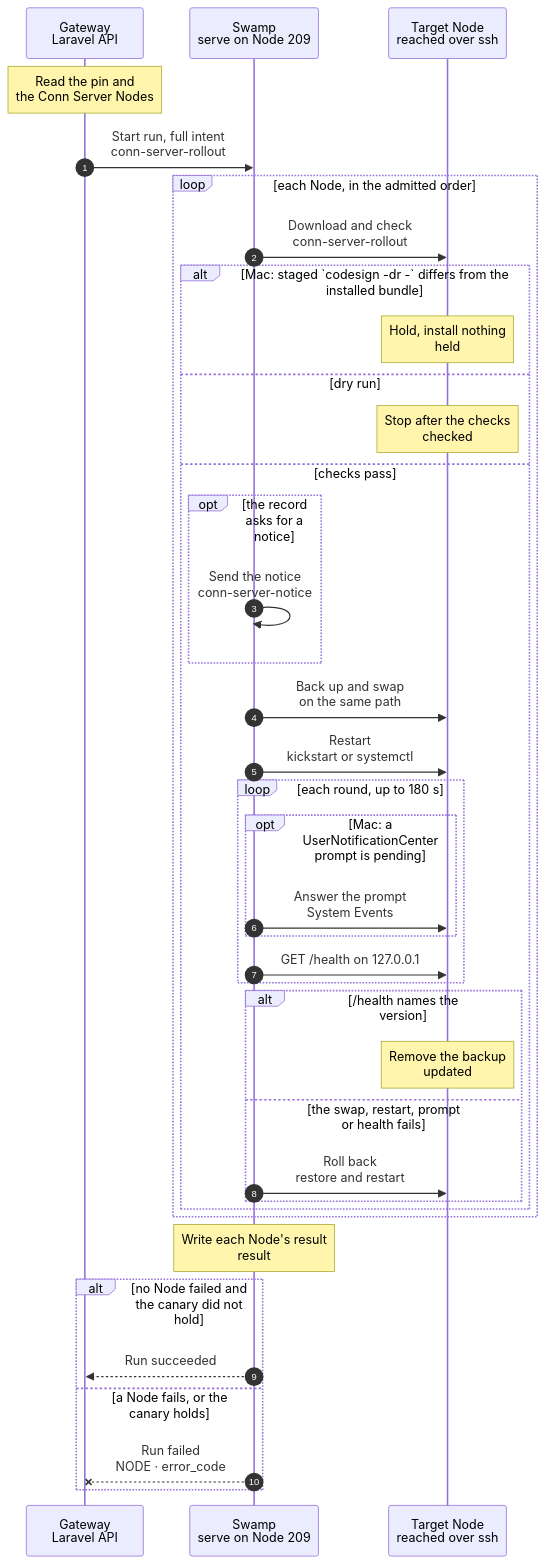
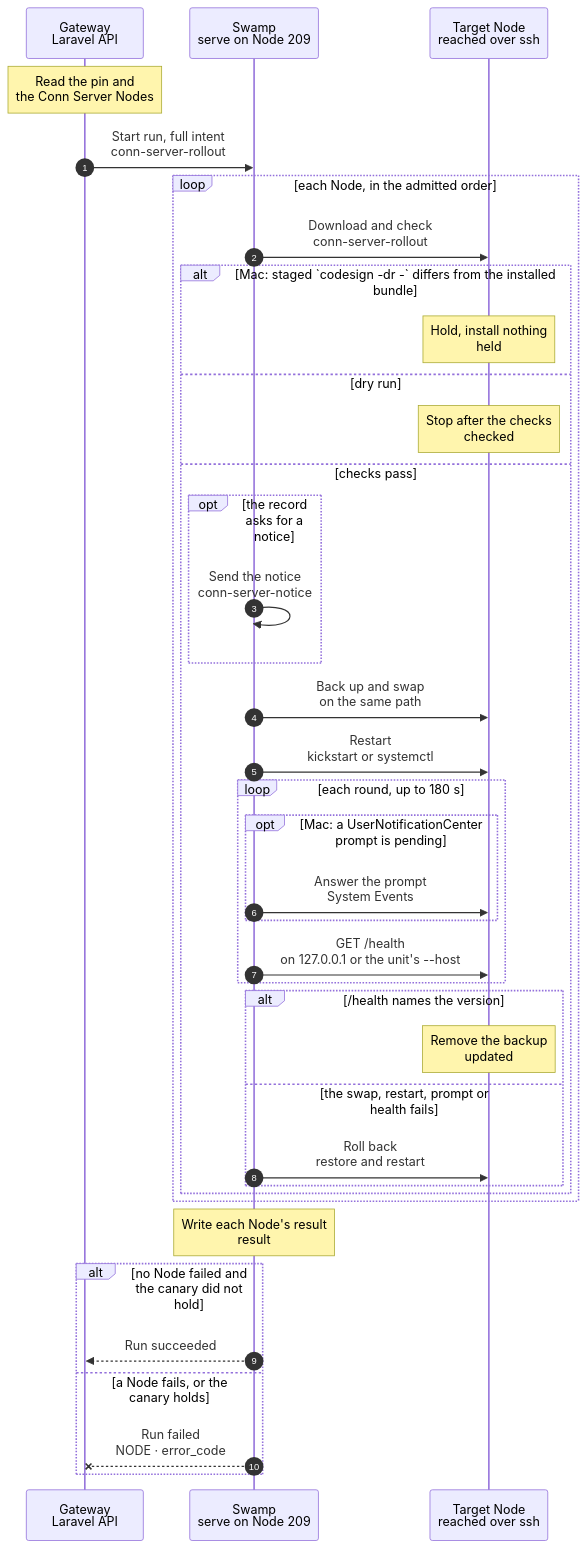
The diagram in docs/cli/fleet/conn-server-rollout.mmd (hardimpactdev/orbit), drawn with Mermaid before and after one commit. The commit also changed 6 other files, not shown here.

First line of the commit message:
Read the Linux Conn Server's health on the address its unit listens on

```diff
--- a/docs/cli/fleet/conn-server-rollout.mmd
+++ b/docs/cli/fleet/conn-server-rollout.mmd
@@ -1,88 +1,89 @@
 sequenceDiagram
   %% One Ansible phase, conn-server-rollout.yml, visits the admitted Conn Server Nodes one at a time, in order. docs/reference/development-containers.md#conn-server-rollout.
   %% status: draft
   %% command: none · POST /api/v1/fleet/conn-server/rollout
   %% kind: fleet.conn_server_rollout
   autonumber
   %% lane GW icon=gateway pill=intent tone=blue
   %% lane SW icon=workflow pill=executes tone=green
   %% lane N icon=server pill=target tone=amber
   participant GW as Gateway<br/>Laravel API
   participant SW as Swamp<br/>serve on Node 209
   participant N as Target Node<br/>reached over ssh
   Note over GW: Read the pin and<br/>the Conn Server Nodes
   %%> When:
   %%> - an operator posts `{"dry_run", "scope"}` to `POST /api/v1/fleet/conn-server/rollout`; both are required, so no default reaches the whole fleet
   %%> - scope `nodes` also takes `node_ids`, one to four ids that each have a record, or a validation error; `node_ids` with another scope is refused
   %%> - nothing starts it from a pin change
   %%> Requirements:
   %%> - the agent folder's `conn-server` pin names a `macos_arm64` app, or `conn_server.pin_unavailable`
   %%> - exactly one `conn_server_nodes` record is the canary, or `conn_server.canary_unset`
   %%> Picks:
   %%> - scope `canary`: the canary alone; scope `fleet`: the canary, then the other records in Node order; scope `nodes`: the named records alone, in the request's order
   %%> - each record names platform, path, service, port, user and whether to notify before the restart; Nodes without one and container Conn Servers are out of scope
   GW->>SW: Start run, full intent<br/>conn-server-rollout
   %%> Input:
   %%> - version, dry run, the Linux tarball and macOS zip with their SHA-256, bundle id and team, the notice target, and each Node with its SSH target
   %%> Requirements:
   %%> - at most four Nodes, so the 8,100 s deadline covers each Node's worst case and its rollback, or `conn_server.too_many_nodes`
   loop each Node, in the admitted order
     SW->>N: Download and check<br/>conn-server-rollout
     %%> What it does:
     %%> - downloads the asset into a staging folder beside the install and checks its SHA-256, or `conn_server.hash_mismatch`
     %%> - Mac: `codesign --verify --strict --deep`, the pin's `TeamIdentifier` and bundle id, or `conn_server.signature_invalid`, `team_mismatch`, `bundle_mismatch`
     %%> - Linux: the unit's `ExecStart` is `<current>/conn-server` and the tarball holds `conn-server-<X>-linux-x64/conn-server`, or `conn_server.layout_mismatch`
+    %%> - Linux: `/health` answers on the unit's `--host`, or 127.0.0.1 when it has none or a wildcard, or `conn_server.health_unreachable`
     alt Mac: staged `codesign -dr -` differs from the installed bundle
       Note over N: Hold, install nothing<br/>held
       %%> Why:
       %%> - a new designated requirement resets the TCC grants; a held canary stops the run, a held later Node does not
     else dry run
       Note over N: Stop after the checks<br/>checked
     else checks pass
       opt the record asks for a notice
         SW->>SW: Send the notice<br/>conn-server-notice
         %%> What it does:
         %%> - posts or runs `orbit.conn.server_rollout_notice` before anything changes; a failed notice fails the Node (`conn_server.notice_failed`)
         %%> - logs neither the URL, the command nor their output
       end
       SW->>N: Back up and swap<br/>on the same path
       %%> What it does:
       %%> - Mac: a new backup folder (`conn_server.backup_exists` when it exists), the installed bundle into it, the staged bundle onto the same path, so TCC grants stay
       %%> - Linux: a new `releases/<X>-<run>` folder, then `current` moves to it with one rename
       SW->>N: Restart<br/>kickstart or systemctl
       %%> What it does:
       %%> - Mac: `launchctl kickstart -k gui/<uid>/<label>`, never a start from the SSH session; Linux: restarts the unit
       %%> - never reads or prints a LaunchAgent plist; every command has a task timeout
       loop each round, up to 180 s
         opt Mac: a UserNotificationCenter prompt is pending
           SW->>N: Answer the prompt<br/>System Events
           %%> What it does:
           %%> - reads the prompt's static texts and clicks Allow only on a Conn Server prompt for an expected permission
           %%> - any other prompt fails the Node (`conn_server.unexpected_prompt`)
         end
-        SW->>N: GET /health on 127.0.0.1
+        SW->>N: GET /health<br/>on 127.0.0.1 or the unit's --host
         %%> What it does:
         %%> - waits for `server: conn-server` and the pin's version
       end
       alt /health names the version
         Note over N: Remove the backup<br/>updated
       else the swap, restart, prompt or health fails
         SW->>N: Roll back<br/>restore and restart
         %%> What it does:
         %%> - Mac: sets the new bundle aside, puts the backup back on the path and kickstarts again; Linux: points `current` back and restarts
         %%> - the Node fails with its cause, `conn_server.health_check_failed` when `/health` never names the version; `rolled_back` is true when the old version answers
       end
     end
   end
   Note over SW: Write each Node's result<br/>result
   alt no Node failed and the canary did not hold
     SW-->>GW: Run succeeded
     %%> Result:
     %%> - the Operation result lists each Node's outcome: `updated`, `checked` or `held`
   else a Node fails, or the canary holds
     SW--xGW: Run failed<br/>NODE · error_code
     %%> Result:
     %%> - `error_code` is `conn_server.node_failed`, or `conn_server.canary_held` when the canary held
     %%> Why stop:
     %%> - later Nodes are not visited and report `not_reached`, so one bad release reaches at most one Node
   end
```
